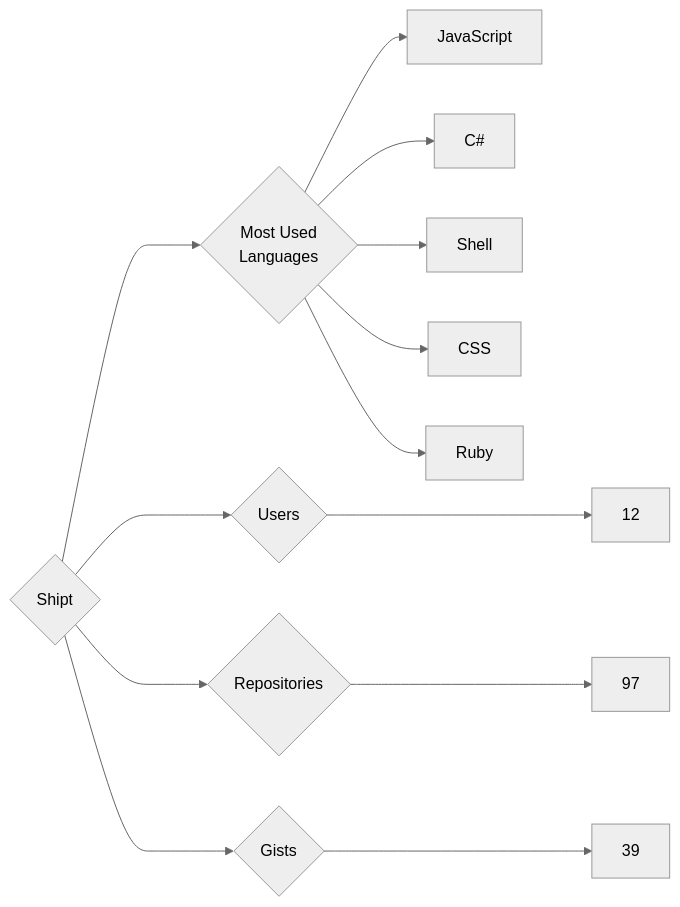
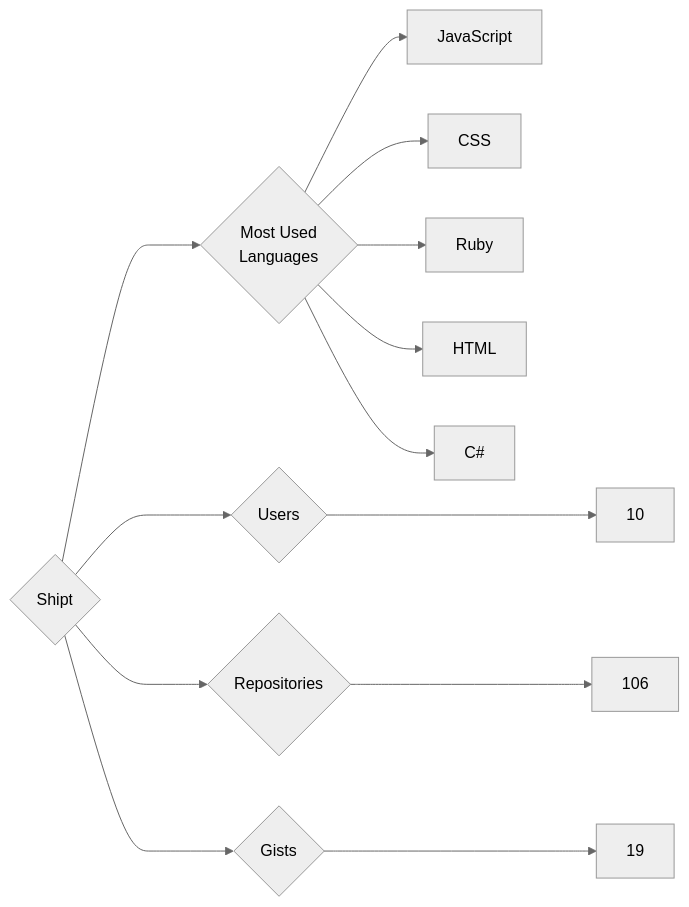
The diagram in targets/Shipt/README.md (trickest/insiders), drawn with Mermaid (neutral theme) before and after one commit. The commit also changed 1508 other files, not shown here.

````diff
--- a/targets/Shipt/README.md
+++ b/targets/Shipt/README.md
@@ -3,13 +3,13 @@
 ```mermaid
 graph LR
 COMPANY_NAME{Shipt}
-COMPANY_NAME ---> U{Users} ---> UN[12]
-COMPANY_NAME ---> R{Repositories} ---> RN[97]
-COMPANY_NAME ---> G{Gists} ---> GN[39]
+COMPANY_NAME ---> U{Users} ---> UN[10]
+COMPANY_NAME ---> R{Repositories} ---> RN[106]
+COMPANY_NAME ---> G{Gists} ---> GN[19]
 COMPANY_NAME ---> ML{Most Used<br>Languages}
 ML --> JavaScript[JavaScript]
-ML --> C#[C#]
-ML --> Shell[Shell]
 ML --> CSS[CSS]
 ML --> Ruby[Ruby]
+ML --> HTML[HTML]
+ML --> C#[C#]
 ```
````
